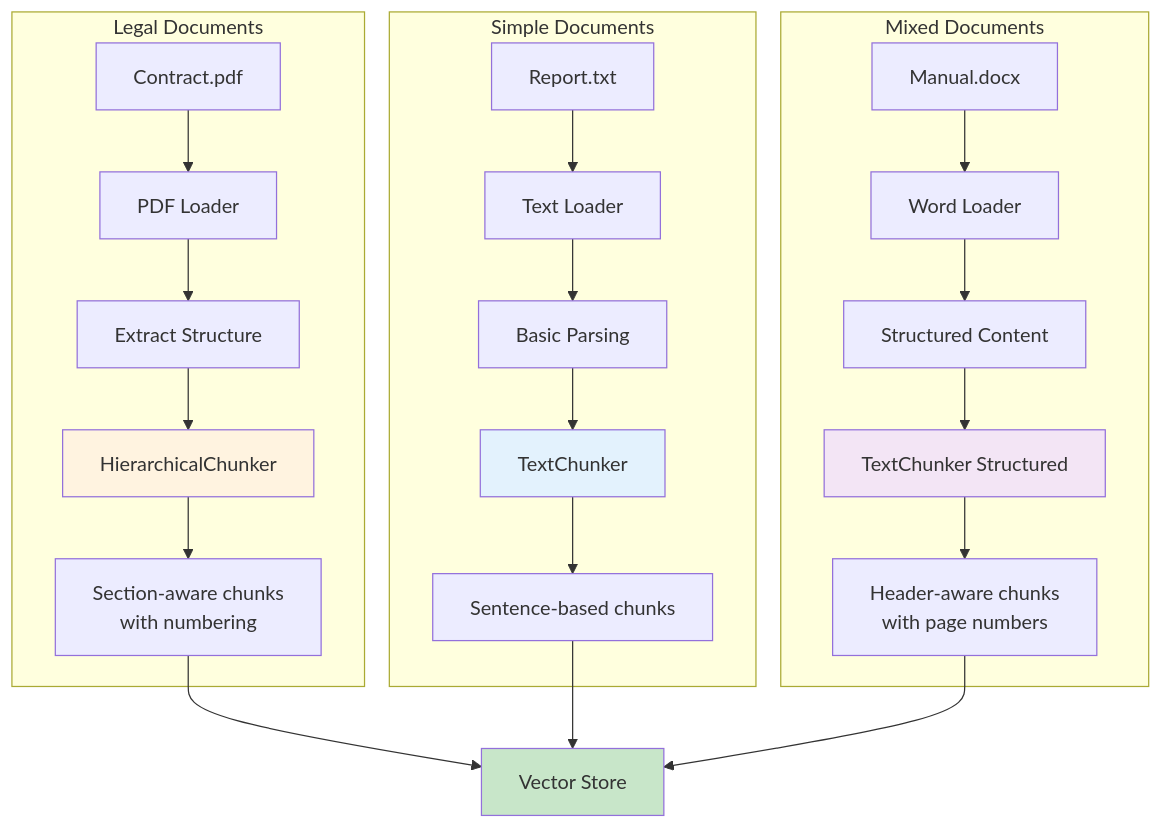
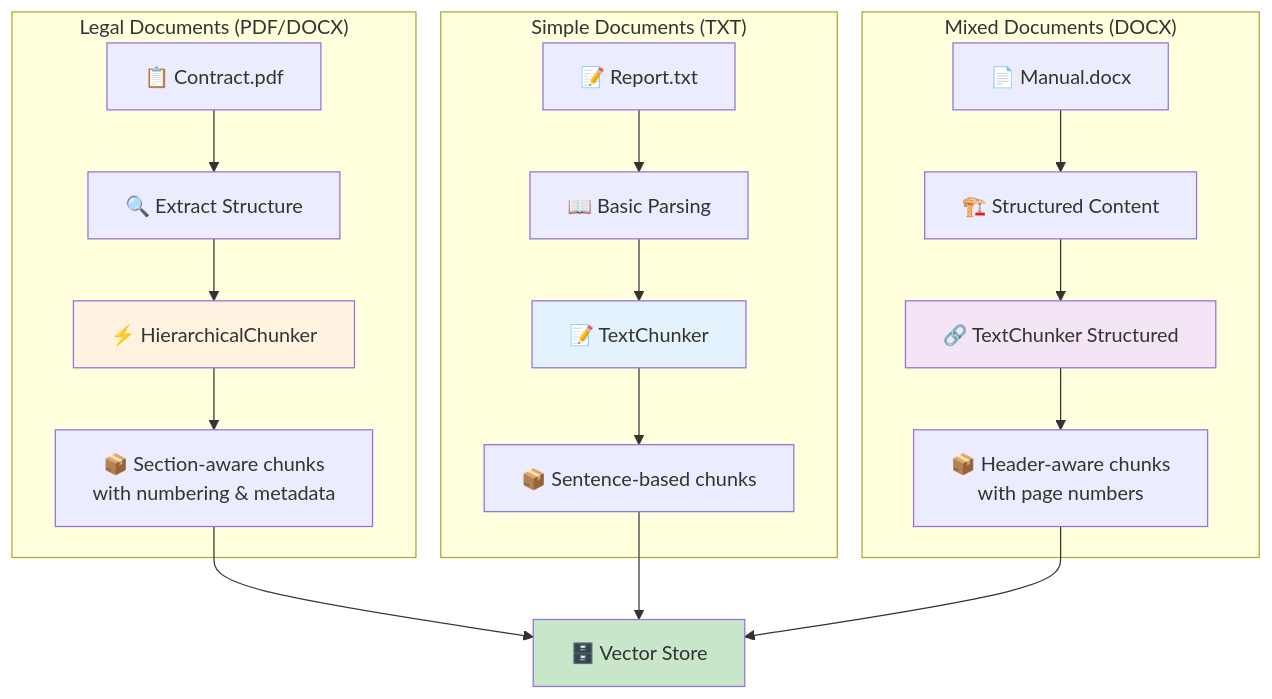
Before and after one commit to excetra-product-lab/chat_with_docs: the seventh of 7 diagrams in README.md, drawn with Mermaid. The commit also changed other lines of this file, not shown here.

First line of the commit message:
docs: improve README chunking documentation with clearer diagrams and examples

````diff
--- a/README.md
+++ b/README.md
@@ -367,32 +399,29 @@
 ```mermaid
 graph TD
-    subgraph "Legal Documents"
-        A1[Contract.pdf] --> A2[PDF Loader]
-        A2 --> A3[Extract Structure]
-        A3 --> A4[HierarchicalChunker]
-        A4 --> A5[Section-aware chunks<br/>with numbering]
+    subgraph "Legal Documents (PDF/DOCX)"
+        A1[📋 Contract.pdf] --> A2[🔍 Extract Structure]
+        A2 --> A3[⚡ HierarchicalChunker]
+        A3 --> A4[📦 Section-aware chunks<br/>with numbering & metadata]
     end
 
-    subgraph "Simple Documents"
-        B1[Report.txt] --> B2[Text Loader]
-        B2 --> B3[Basic Parsing]
-        B3 --> B4[TextChunker]
-        B4 --> B5[Sentence-based chunks]
+    subgraph "Simple Documents (TXT)"
+        B1[📝 Report.txt] --> B2[📖 Basic Parsing]
+        B2 --> B3[📝 TextChunker]
+        B3 --> B4[📦 Sentence-based chunks]
     end
 
-    subgraph "Mixed Documents"
-        C1[Manual.docx] --> C2[Word Loader]
-        C2 --> C3[Structured Content]
-        C3 --> C4[TextChunker Structured]
-        C4 --> C5[Header-aware chunks<br/>with page numbers]
+    subgraph "Mixed Documents (DOCX)"
+        C1[📄 Manual.docx] --> C2[🏗️ Structured Content]
+        C2 --> C3[🔗 TextChunker Structured]
+        C3 --> C4[📦 Header-aware chunks<br/>with page numbers]
     end
 
-    A5 --> D[Vector Store]
-    B5 --> D
-    C5 --> D
+    A4 --> D[🗄️ Vector Store]
+    B4 --> D
+    C4 --> D
 
-    style A4 fill:#fff3e0
-    style B4 fill:#e3f2fd
-    style C4 fill:#f3e5f5
+    style A3 fill:#fff3e0
+    style B3 fill:#e3f2fd
+    style C3 fill:#f3e5f5
     style D fill:#c8e6c9
 ```
````
